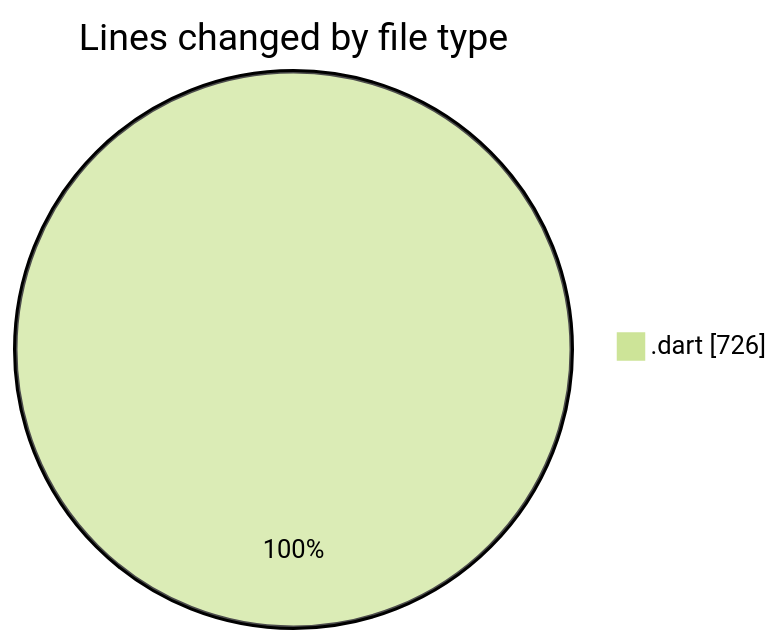
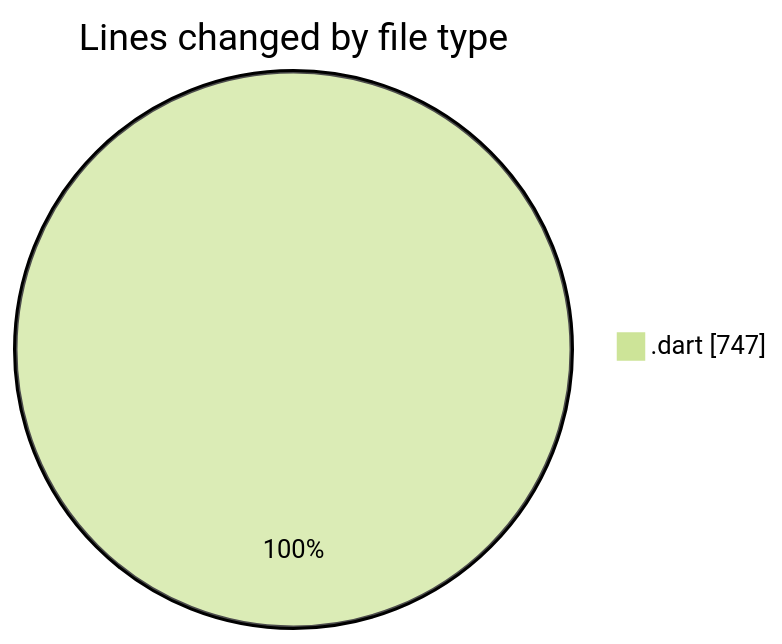
Before and after one commit to donsfak/code-tracking: the first of 2 diagrams in 2025-03-08/uber_clone/README.md, drawn with Mermaid (forest theme). The commit also changed other lines of this file and 1 other file, not shown here.

````diff
--- a/2025-03-08/uber_clone/README.md
+++ b/2025-03-08/uber_clone/README.md
@@ -21,5 +21,5 @@
 ```mermaid
 pie showData
 title Lines changed by file type
-".dart" : 726
+".dart" : 747
 ```
````
